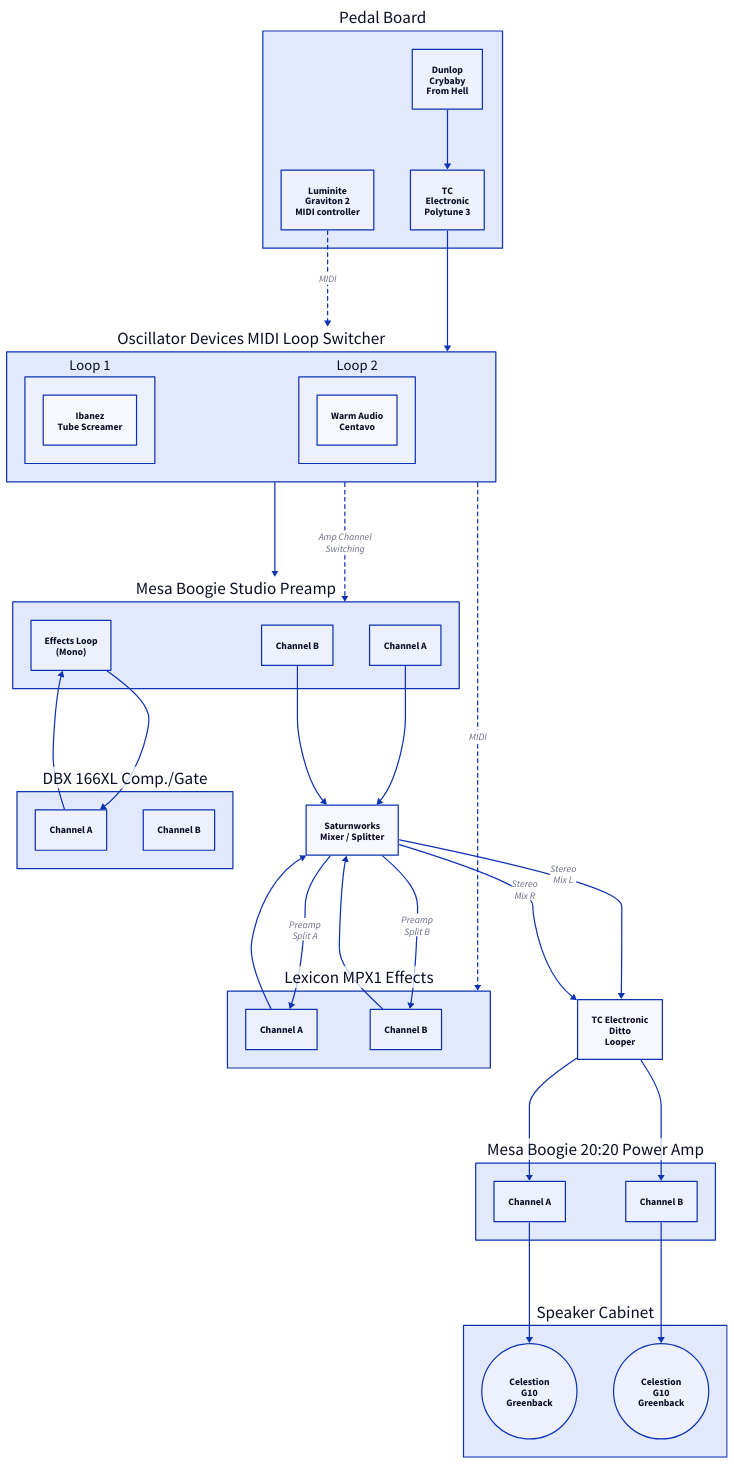
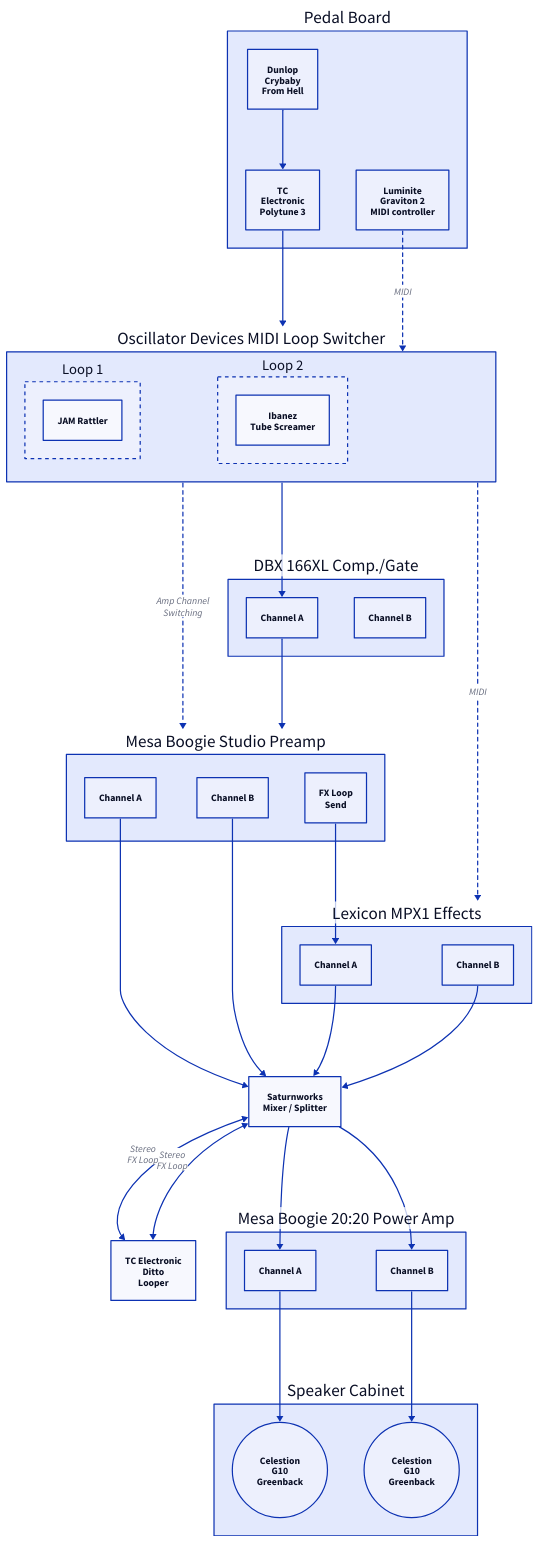
Before and after one commit to timvaillancourt/amp-diagrams: the diagram in amprack.d2, drawn with D2. The commit also changed 1 other file, not shown here.

```diff
--- a/amprack.d2
+++ b/amprack.d2
@@ -1,79 +1,84 @@
 pb: "Pedal Board" {
   cbfh: "Dunlop\nCrybaby\nFrom Hell" {}
   polytune3: "TC\nElectronic\nPolytune 3" {}
   mc: "Luminite\nGraviton 2\nMIDI controller" {}
   cbfh -> polytune3 
 }
 
 mls: "Oscillator Devices MIDI Loop Switcher" {
   1: "Loop 1" {
-    ts: "Ibanez\nTube Screamer" {}
+    style: {
+      stroke-dash: 3
+    }
+    ts: "JAM Rattler" {}
   }
   2: "Loop 2" {
-    wac: "Warm Audio\nCentavo" {}
+    style: {
+      stroke-dash: 3
+    }
+    ts: "Ibanez\nTube Screamer" {}
   }
 }
 pb.polytune3 -> mls
 pb.mc -> mls: "MIDI" {
   style: {
     stroke-dash: 3
   }
 }
 
+dbx166xl: "DBX 166XL Comp./Gate" {
+  A: "Channel A" {}
+  B: "Channel B" {}
+}
+mls -> dbx166xl.A
+
 msp: "Mesa Boogie Studio Preamp" {
   A: "Channel A" {}
   B: "Channel B" {}
-  loop: "Effects Loop\n(Mono)" {}
+  loop: "FX Loop\nSend" {}
 }
 mls -> msp: "Amp Channel\nSwitching" {
   style: {
     stroke-dash: 3
   }
 }
-mls -> msp
-dbx166xl: "DBX 166XL Comp./Gate" {
-  A: "Channel A" {}
-  B: "Channel B" {}
-}
-msp.loop -> dbx166xl.A
-dbx166xl.A -> msp.loop
+dbx166xl.A -> msp
 
 mixer: "Saturnworks\nMixer / Splitter" {}
 msp.A -> mixer
 msp.B -> mixer
 
 mpx1: "Lexicon MPX1 Effects" {
   A: "Channel A" {}
   B: "Channel B" {}
 }
 mls -> mpx1: "MIDI" {
   style: {
     stroke-dash: 3
   }
 }
-mixer -> mpx1.A: "Preamp\nSplit A" {}
-mixer -> mpx1.B: "Preamp\nSplit B" {}
+msp.loop -> mpx1.A
 mpx1.A -> mixer
 mpx1.B -> mixer
 
 ditto: "TC Electronic\nDitto\nLooper" {}
-mixer -> ditto: "Stereo\nMix L"
-mixer -> ditto: "Stereo\nMix R"
+mixer <-> ditto: "Stereo\nFX Loop"
+mixer <-> ditto: "Stereo\nFX Loop"
 
 m2020: "Mesa Boogie 20:20 Power Amp" {
   A: "Channel A" {}
   B: "Channel B" {}
 }
-ditto -> m2020.A
-ditto -> m2020.B
+mixer -> m2020.A
+mixer -> m2020.B
 
 cab: "Speaker Cabinet" {
   A: "Celestion\nG10\nGreenback" {
     shape: "circle"
   }
   B: "Celestion\nG10\nGreenback" {
     shape: "circle"
   }
 }
 m2020.A -> cab.A
 m2020.B -> cab.B
```
